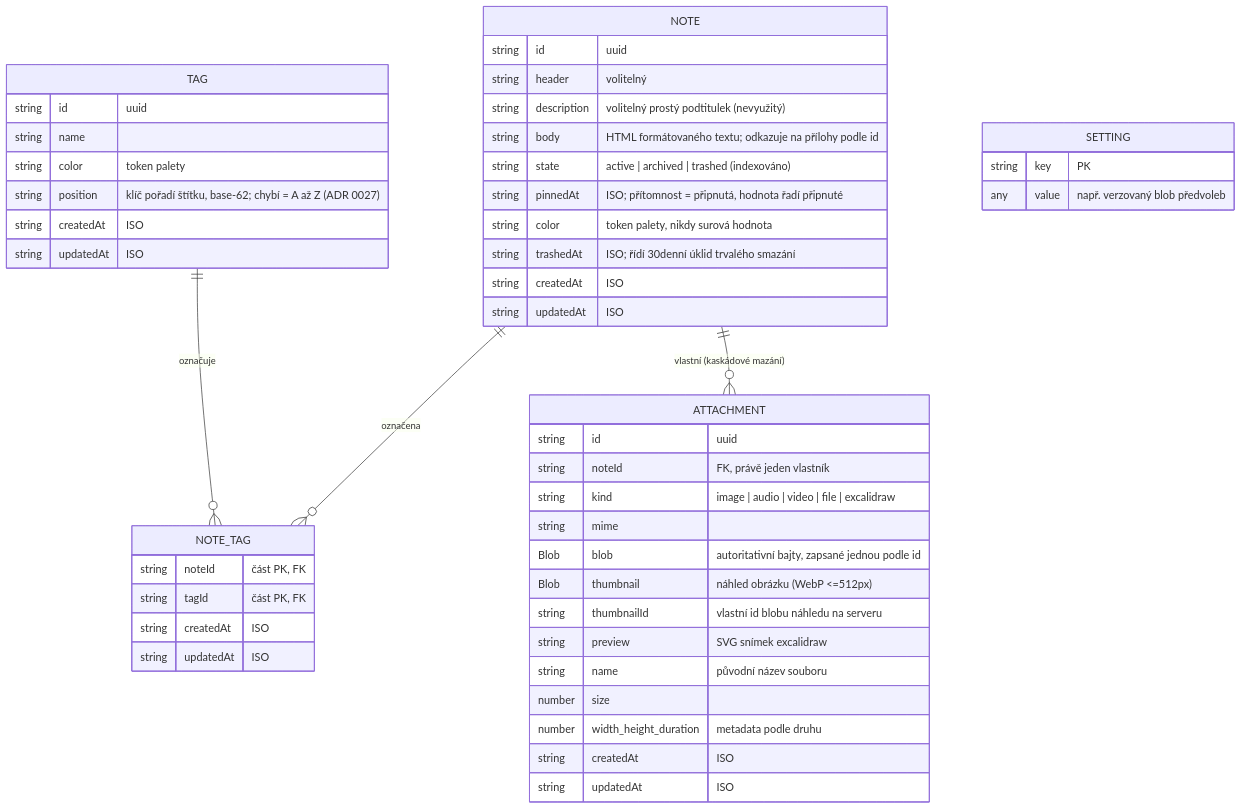
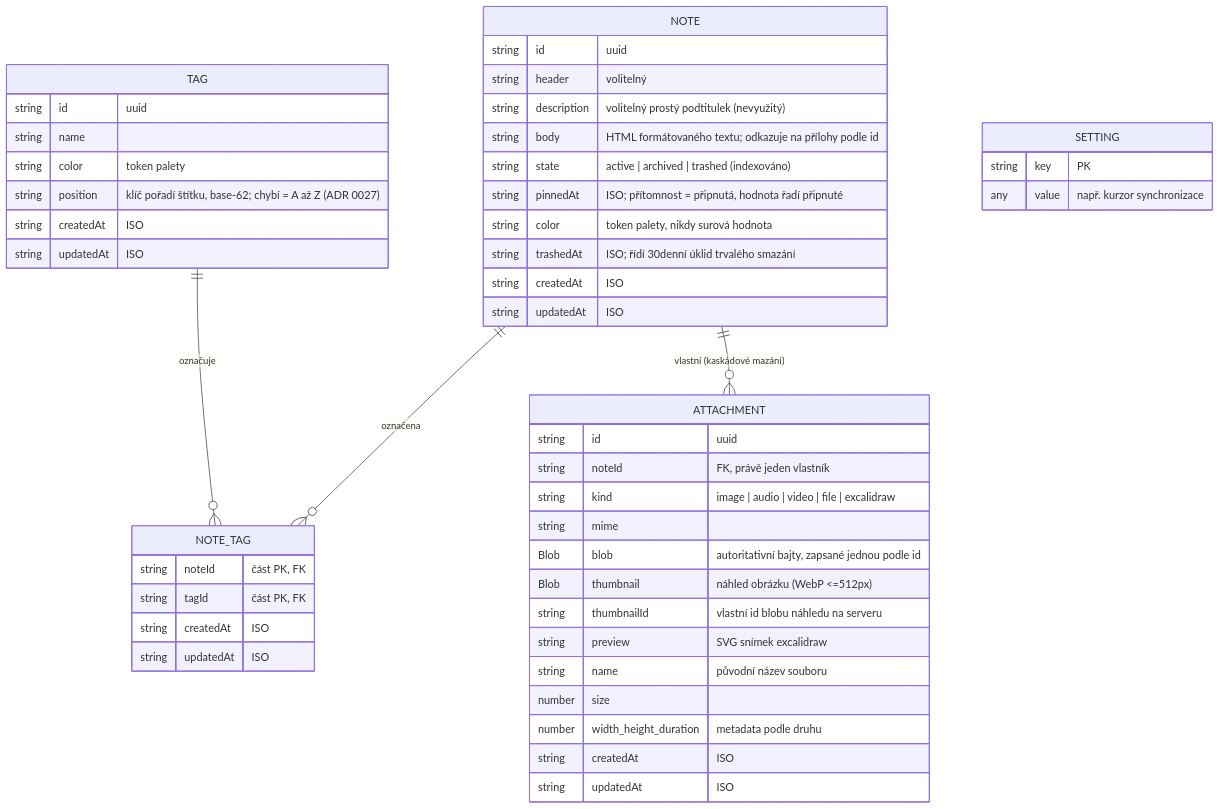
Before and after one commit to soukupj00/your-notes-fe: the diagram in docs/cs/architecture/03-database.md, drawn with Mermaid. The commit also changed 5 other files, not shown here.

````diff
--- a/docs/cs/architecture/03-database.md
+++ b/docs/cs/architecture/03-database.md
@@ -13,51 +13,51 @@
 ```mermaid
 erDiagram
     NOTE ||--o{ NOTE_TAG : "označena"
     TAG ||--o{ NOTE_TAG : "označuje"
     NOTE ||--o{ ATTACHMENT : "vlastní (kaskádové mazání)"
     NOTE {
         string id "uuid"
         string header "volitelný"
         string description "volitelný prostý podtitulek (nevyužitý)"
         string body "HTML formátovaného textu; odkazuje na přílohy podle id"
         string state "active | archived | trashed (indexováno)"
         string pinnedAt "ISO; přítomnost = připnutá, hodnota řadí připnuté"
         string color "token palety, nikdy surová hodnota"
         string trashedAt "ISO; řídí 30denní úklid trvalého smazání"
         string createdAt "ISO"
         string updatedAt "ISO"
     }
     TAG {
         string id "uuid"
         string name
         string color "token palety"
         string position "klíč pořadí štítku, base-62; chybí = A až Z (ADR 0027)"
         string createdAt "ISO"
         string updatedAt "ISO"
     }
     NOTE_TAG {
         string noteId "část PK, FK"
         string tagId "část PK, FK"
         string createdAt "ISO"
         string updatedAt "ISO"
     }
     ATTACHMENT {
         string id "uuid"
         string noteId "FK, právě jeden vlastník"
         string kind "image | audio | video | file | excalidraw"
         string mime
         Blob blob "autoritativní bajty, zapsané jednou podle id"
         Blob thumbnail "náhled obrázku (WebP <=512px)"
         string thumbnailId "vlastní id blobu náhledu na serveru"
         string preview "SVG snímek excalidraw"
         string name "původní název souboru"
         number size
         number width_height_duration "metadata podle druhu"
         string createdAt "ISO"
         string updatedAt "ISO"
     }
     SETTING {
         string key "PK"
-        any value "např. verzovaný blob předvoleb"
+        any value "např. kurzor synchronizace"
     }
 ```
````
